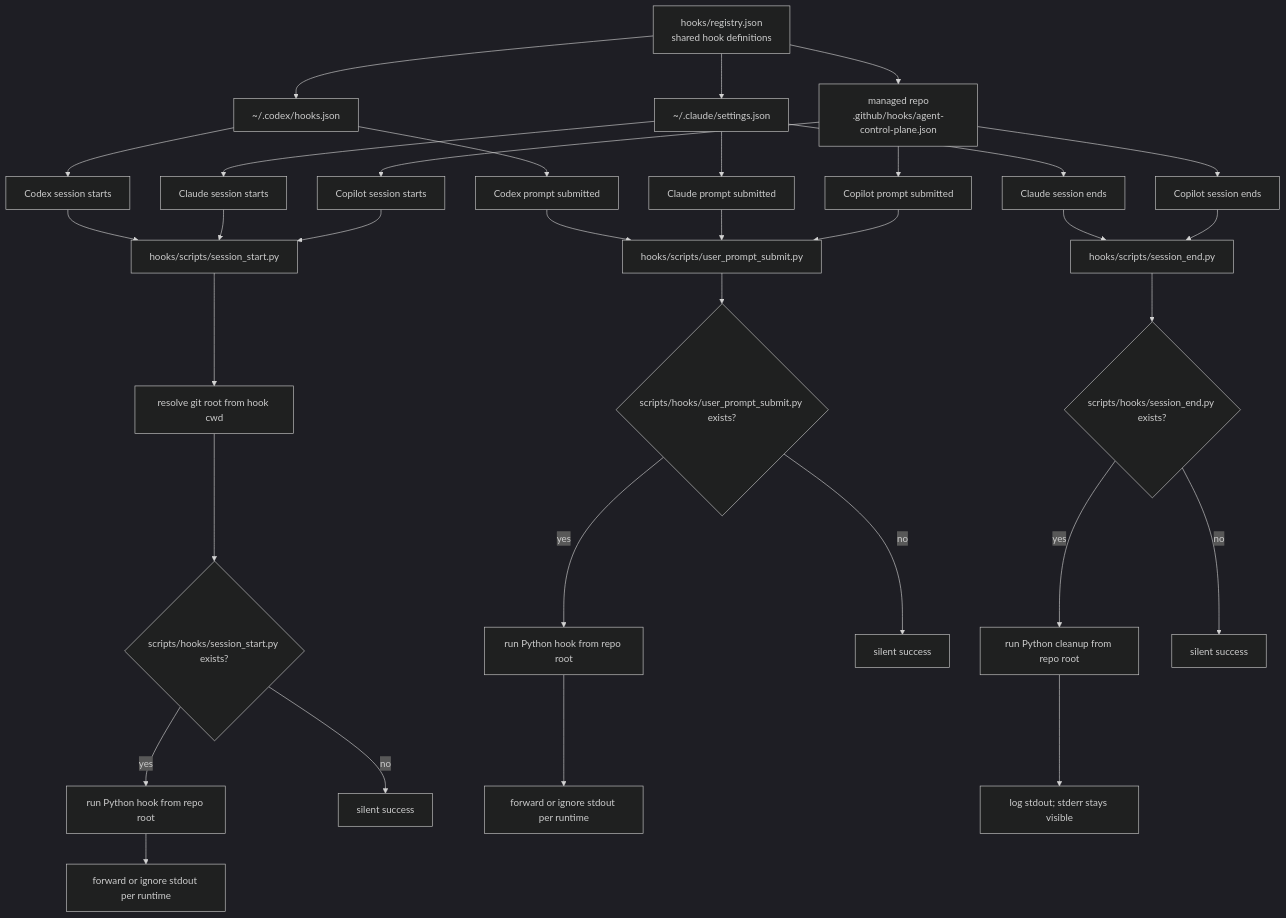
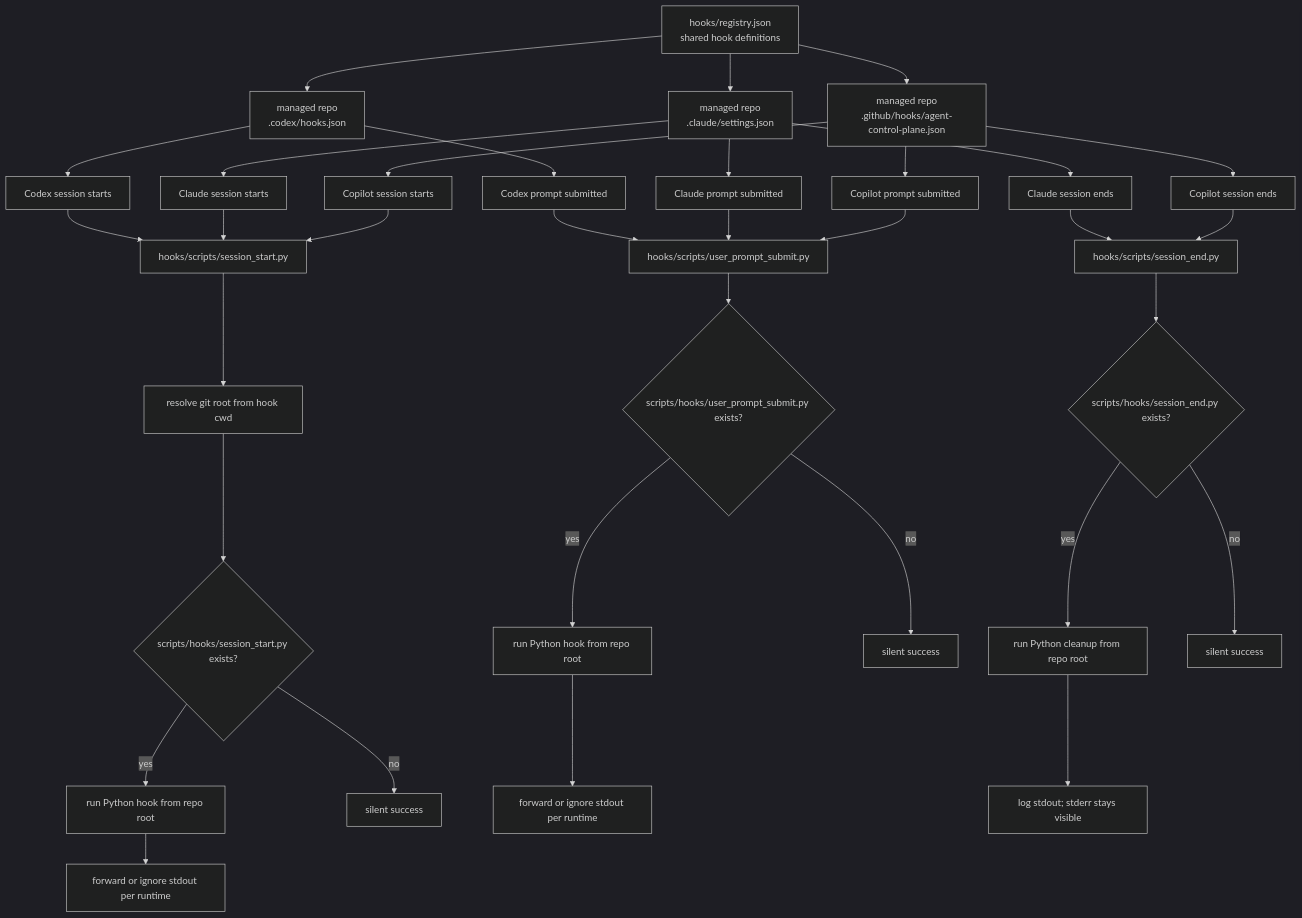
One commit to wisdom-in-a-nutshell/.agents changed the fourth of 6 diagrams in docs/architecture/codex-control-plane-script-flows.md. Above: the diagram before and after it, drawn with Mermaid (dark theme). The commit also changed other lines of this file and 25 other files, not shown here.

````diff
--- a/docs/architecture/codex-control-plane-script-flows.md
+++ b/docs/architecture/codex-control-plane-script-flows.md
@@ -132,35 +132,35 @@
 ```mermaid
 flowchart TD
-    A[hooks/registry.json<br/>shared hook definitions] --> B[~/.codex/hooks.json]
-    A --> C[~/.claude/settings.json]
+    A[hooks/registry.json<br/>shared hook definitions] --> B2[managed repo<br/>.codex/hooks.json]
+    A --> C[managed repo<br/>.claude/settings.json]
     A --> Y[managed repo<br/>.github/hooks/agent-control-plane.json]
-    B --> D[Codex session starts]
+    B2 --> D[Codex session starts]
     C --> E[Claude session starts]
     Y --> Z[Copilot session starts]
     D --> F[hooks/scripts/session_start.py]
     E --> F
     Z --> F
     F --> G[resolve git root from hook cwd]
     G --> H{scripts/hooks/session_start.py exists?}
     H -->|yes| I[run Python hook from repo root]
     I --> J[forward or ignore stdout per runtime]
     H -->|no| K[silent success]
-    B --> L[Codex prompt submitted]
+    B2 --> L[Codex prompt submitted]
     C --> M[Claude prompt submitted]
     Y --> M2[Copilot prompt submitted]
     L --> N[hooks/scripts/user_prompt_submit.py]
     M --> N
     M2 --> N
     N --> O{scripts/hooks/user_prompt_submit.py exists?}
     O -->|yes| P[run Python hook from repo root]
     P --> Q[forward or ignore stdout per runtime]
     O -->|no| R[silent success]
     C --> S[Claude session ends]
     Y --> S2[Copilot session ends]
     S --> T[hooks/scripts/session_end.py]
     S2 --> T
     T --> U{scripts/hooks/session_end.py exists?}
     U -->|yes| V[run Python cleanup from repo root]
     V --> W[log stdout; stderr stays visible]
     U -->|no| X[silent success]
 ```
````
